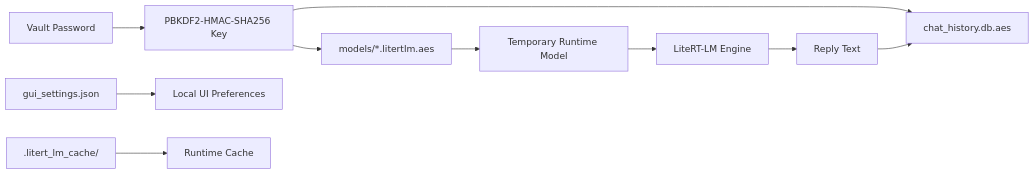
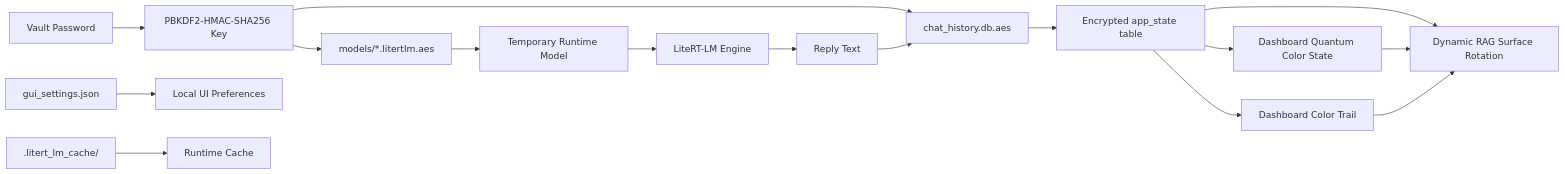
One commit to ornab74/humoid-gui-gemma-4 changed the third of 6 diagrams in README.md. Above: the diagram before and after it, drawn with Mermaid. The commit also changed other lines of this file, not shown here.

````diff
--- a/README.md
+++ b/README.md
@@ -91,13 +101,20 @@
 ```mermaid
 flowchart LR
     P[Vault Password] --> K[PBKDF2-HMAC-SHA256 Key]
     K --> M[models/*.litertlm.aes]
     K --> D[chat_history.db.aes]
     S[gui_settings.json] --> UI[Local UI Preferences]
     C[.litert_lm_cache/] --> R[Runtime Cache]
 
+    D --> A[Encrypted app_state table]
+    A --> Q[Dashboard Quantum Color State]
+    A --> T2[Dashboard Color Trail]
+    A --> X[Dynamic RAG Surface Rotation]
+
     M --> T[Temporary Runtime Model]
     T --> E[LiteRT-LM Engine]
     E --> O[Reply Text]
     O --> D
+    Q --> X
+    T2 --> X
 ```
````
